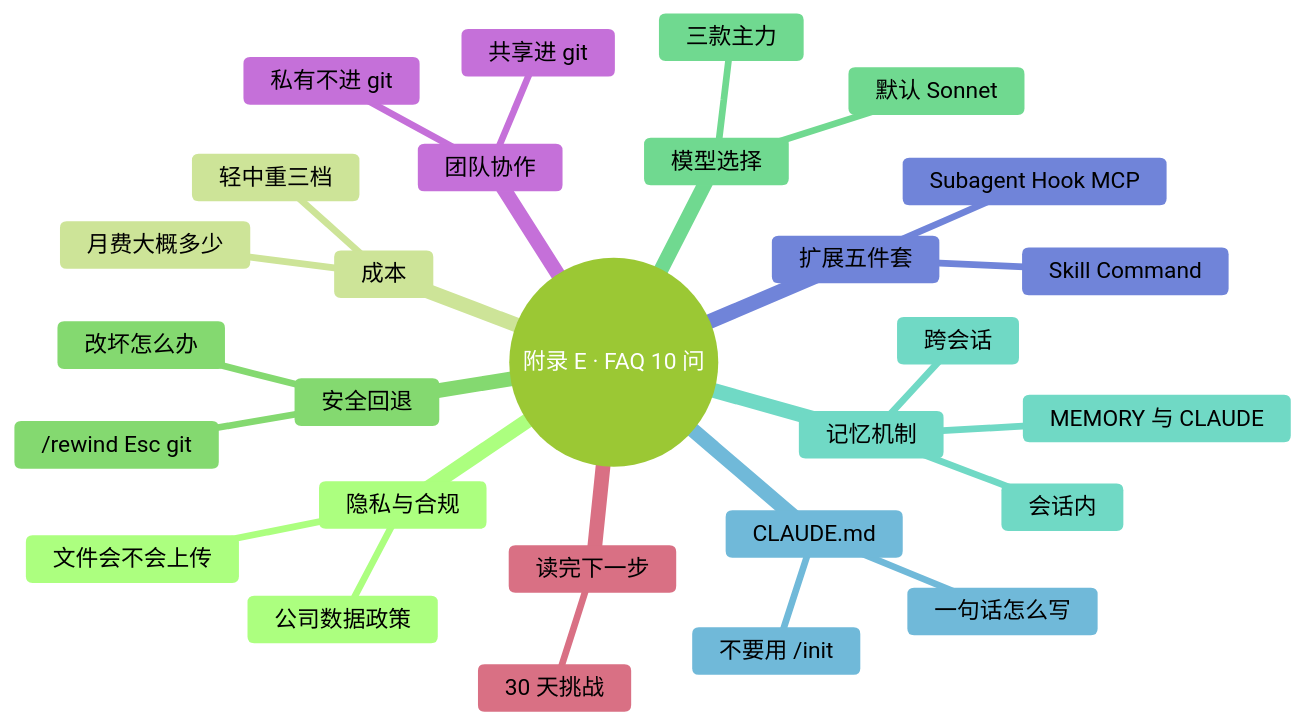
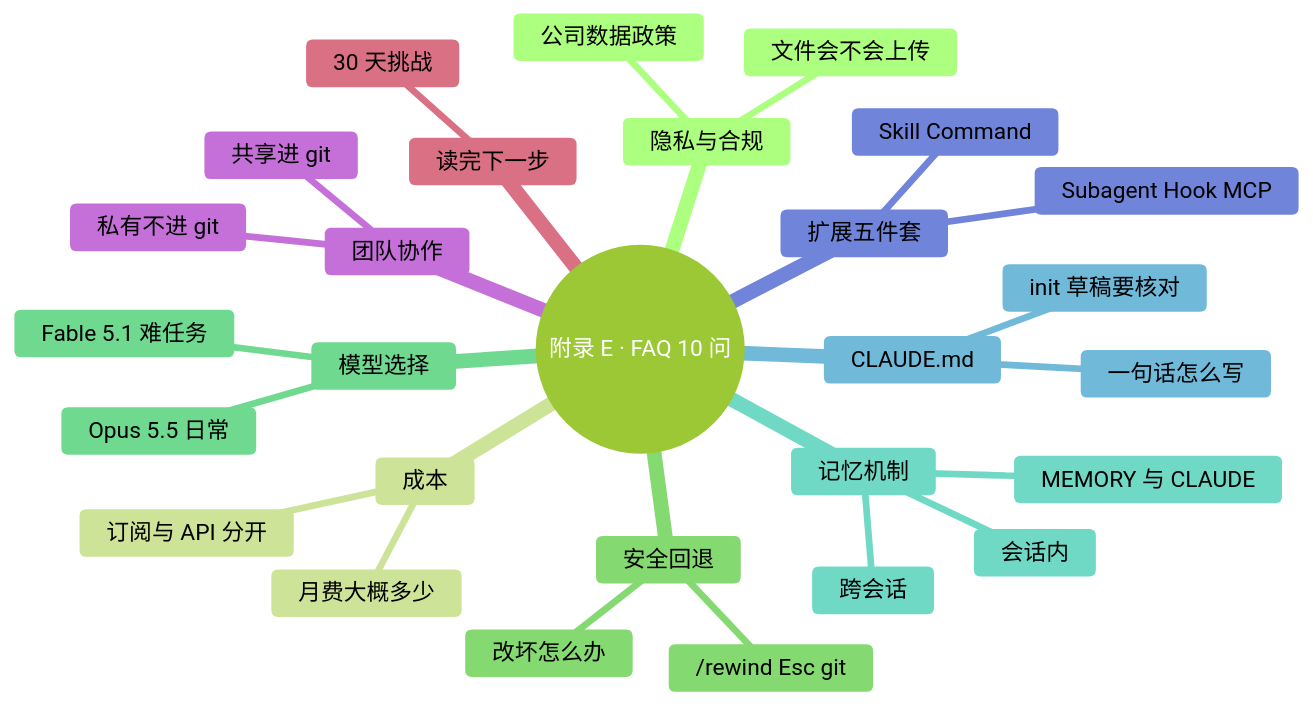
Before and after one commit to mali9527/claude-code-full-guide-for-beginners: the diagram in manuscript/附录/E-FAQ.md, drawn with Mermaid. The commit also changed other lines of this file and 130 other files, not shown here.

````diff
--- a/manuscript/附录/E-FAQ.md
+++ b/manuscript/附录/E-FAQ.md
@@ -6,40 +8,40 @@
 ```mermaid
 ---
 config:
   theme: forest
   themeVariables:
     fontFamily: "-apple-system, 'SF Pro Text', 'PingFang SC', 'Helvetica Neue', sans-serif"
     fontSize: "17px"
     lineColor: "#D9D9D9"
 ---
 mindmap
   root((附录 E · FAQ 10 问))
     隐私与合规
       文件会不会上传
       公司数据政策
     成本
       月费大概多少
-      轻中重三档
+      订阅与 API 分开
     安全回退
       改坏怎么办
       /rewind Esc git
     模型选择
-      三款主力
-      默认 Sonnet
+      Opus 5.5 日常
+      Fable 5.1 难任务
     记忆机制
       会话内
       跨会话
       MEMORY 与 CLAUDE
     CLAUDE.md
       一句话怎么写
-      不要用 /init
+      init 草稿要核对
     扩展五件套
       Skill Command
       Subagent Hook MCP
     团队协作
       共享进 git
       私有不进 git
     读完下一步
       30 天挑战
 
 ```
````
